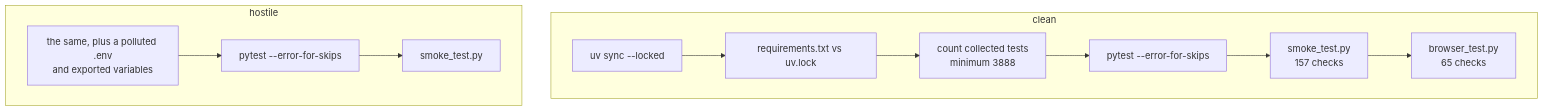
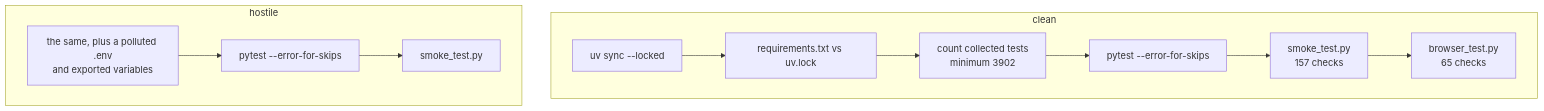
The diagram in docs/testing.md (IAMN1/link-shortener), drawn with Mermaid before and after one commit. The commit also changed other lines of this file and 8 other files, not shown here.

````diff
--- a/docs/testing.md
+++ b/docs/testing.md
@@ -409,12 +409,12 @@
 ```mermaid
 flowchart TD
     subgraph clean["clean"]
         C1[uv sync --locked] --> C2[requirements.txt vs uv.lock]
-        C2 --> C3[count collected tests<br/>minimum 3888] --> C4[pytest --error-for-skips]
+        C2 --> C3[count collected tests<br/>minimum 3902] --> C4[pytest --error-for-skips]
         C4 --> C5[smoke_test.py<br/>157 checks] --> C6[browser_test.py<br/>65 checks]
     end
     subgraph hostile["hostile"]
         H1[the same, plus a polluted .env<br/>and exported variables] --> H2[pytest --error-for-skips]
         H2 --> H3[smoke_test.py]
     end
 ```
````
